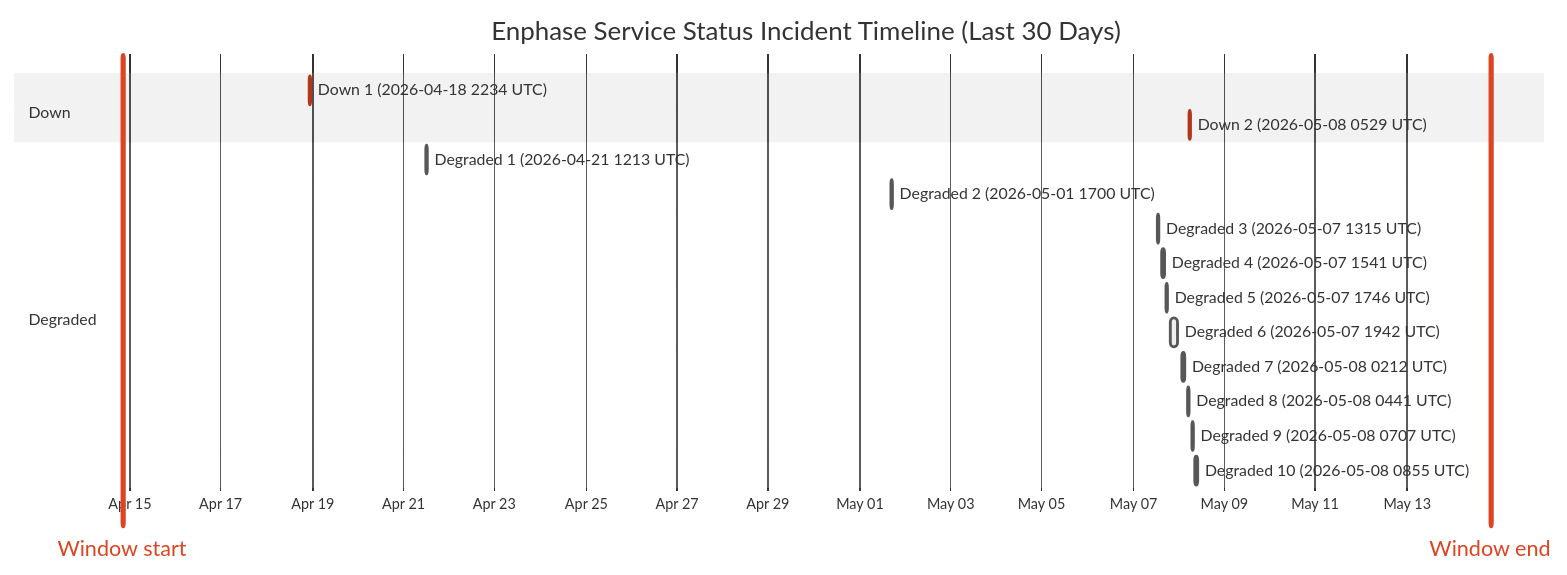
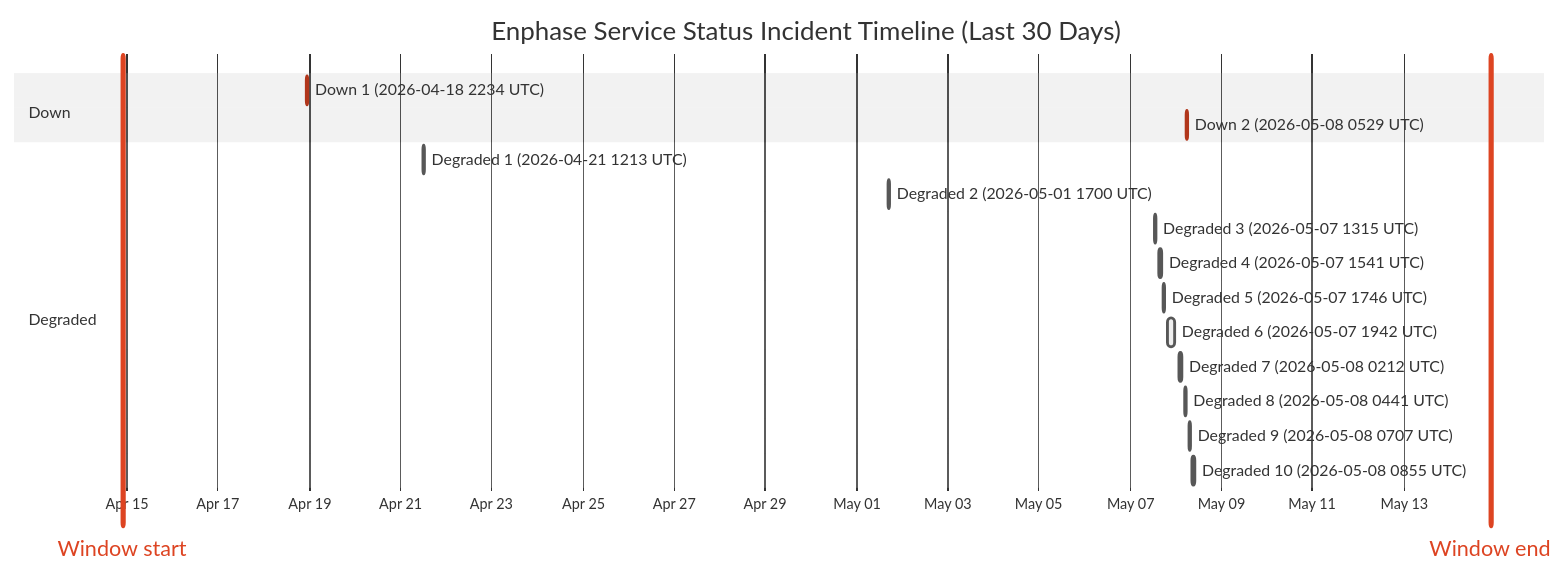
Before and after one commit to barneyonline/ha-enphase-ev-charger: the diagram in wiki/Service-Status-History.md, drawn with Mermaid (neutral theme). The commit also changed other lines of this file and 3 other files, not shown here.

````diff
--- a/wiki/Service-Status-History.md
+++ b/wiki/Service-Status-History.md
@@ -14,22 +14,22 @@
 ```mermaid
 gantt
     title Enphase Service Status Incident Timeline (Last 30 Days)
     dateFormat  YYYY-MM-DDTHH:mm:ss
     axisFormat  %b %d
-    Window start :vert, window-start, 2026-04-14T20:13:22, 0ms
-    Window end :vert, window-end, 2026-05-14T20:13:22, 0ms
+    Window start :vert, window-start, 2026-04-14T21:43:33, 0ms
+    Window end :vert, window-end, 2026-05-14T21:43:33, 0ms
     section Down
     Down 1 (2026-04-18 2234 UTC) :crit, down-1, 2026-04-18T22:34:13, 60m
     Down 2 (2026-05-08 0529 UTC) :crit, down-2, 2026-05-08T05:29:47, 60m
     section Degraded
     Degraded 1 (2026-04-21 1213 UTC) :active, degraded-1, 2026-04-21T12:13:11, 60m
     Degraded 2 (2026-05-01 1700 UTC) :active, degraded-2, 2026-05-01T17:00:22, 60m
     Degraded 3 (2026-05-07 1315 UTC) :active, degraded-3, 2026-05-07T13:15:25, 60m
     Degraded 4 (2026-05-07 1541 UTC) :active, degraded-4, 2026-05-07T15:41:58, 60m
     Degraded 5 (2026-05-07 1746 UTC) :active, degraded-5, 2026-05-07T17:46:51, 60m
     Degraded 6 (2026-05-07 1942 UTC) :active, degraded-6, 2026-05-07T19:42:10, 249m
     Degraded 7 (2026-05-08 0212 UTC) :active, degraded-7, 2026-05-08T02:12:39, 60m
     Degraded 8 (2026-05-08 0441 UTC) :active, degraded-8, 2026-05-08T04:41:46, 60m
     Degraded 9 (2026-05-08 0707 UTC) :active, degraded-9, 2026-05-08T07:07:30, 60m
     Degraded 10 (2026-05-08 0855 UTC) :active, degraded-10, 2026-05-08T08:55:20, 88m
 ```
````
